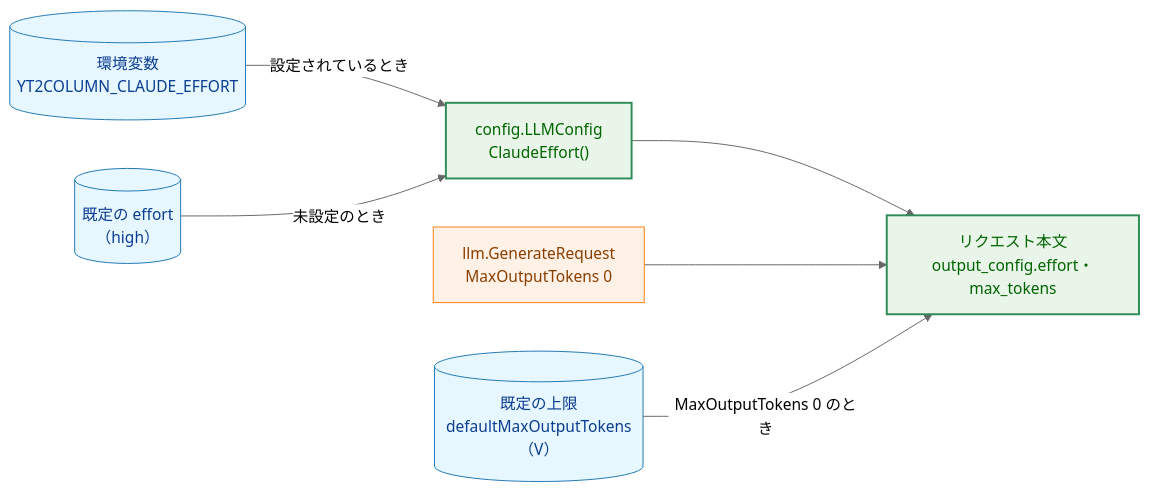
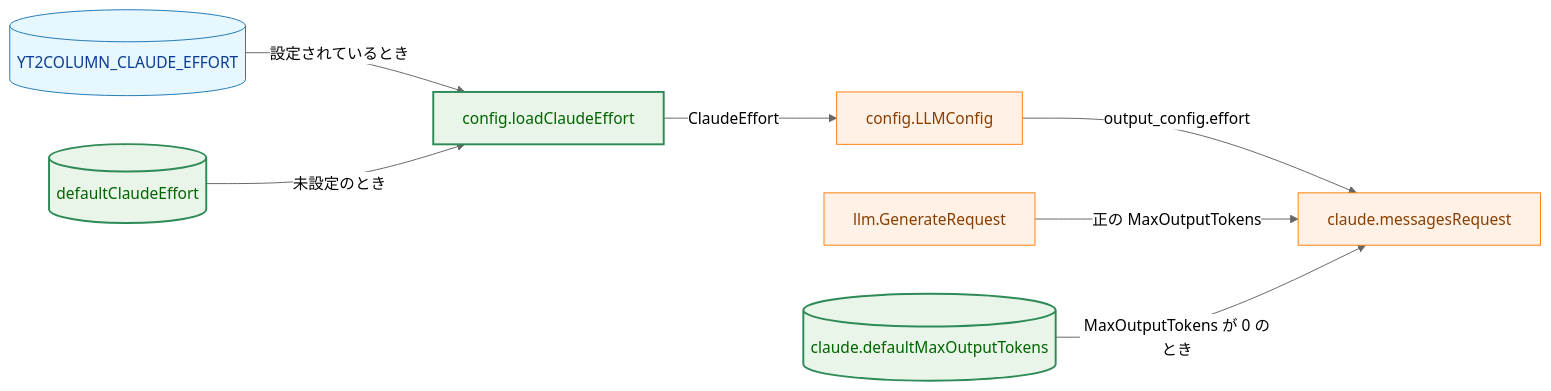
One commit to isseis/yt2column changed the first of 9 diagrams in docs/tasks/0041_claude_effort_max_tokens/02_architecture.md. Above: the diagram before and after it, drawn with Mermaid (neutral theme). The commit also changed other lines of this file, not shown here.

First line of the commit message:
docs(0041): address the architecture panel review

````diff
--- a/docs/tasks/0041_claude_effort_max_tokens/02_architecture.md
+++ b/docs/tasks/0041_claude_effort_max_tokens/02_architecture.md
@@ -46,24 +47,25 @@
 ```mermaid
 flowchart LR
     classDef data fill:#e6f7ff,stroke:#1f77b4,stroke-width:1px,color:#0b3d91;
     classDef process fill:#fff1e6,stroke:#ff7f0e,stroke-width:1px,color:#8a3e00;
     classDef enhanced fill:#e8f5e8,stroke:#2e8b57,stroke-width:2px,color:#006400;
 
-    ENV[("環境変数<br>YT2COLUMN_CLAUDE_EFFORT")]
-    DEF[("既定の effort<br>（high）")]
-    EFF["config.LLMConfig<br>ClaudeEffort()"]
-    REQ["llm.GenerateRequest<br>MaxOutputTokens 0"]
-    CONST[("既定の上限<br>defaultMaxOutputTokens（V）")]
-    BODY["リクエスト本文<br>output_config.effort・max_tokens"]
+    ENV[("YT2COLUMN_CLAUDE_EFFORT")]
+    DEF[("defaultClaudeEffort")]
+    LOAD["config.loadClaudeEffort"]
+    CFG["config.LLMConfig"]
+    REQ["llm.GenerateRequest"]
+    CONST[("claude.defaultMaxOutputTokens")]
+    BODY["claude.messagesRequest"]
 
-    ENV -->|"設定されているとき"| EFF
-    DEF -->|"未設定のとき"| EFF
-    EFF --> BODY
-    REQ --> BODY
-    CONST -->|"MaxOutputTokens 0 のとき"| BODY
+    ENV -->|"設定されているとき"| LOAD
+    DEF -->|"未設定のとき"| LOAD
+    LOAD -->|"ClaudeEffort"| CFG
+    CFG -->|"output_config.effort"| BODY
+    REQ -->|"正の MaxOutputTokens"| BODY
+    CONST -->|"MaxOutputTokens が 0 のとき"| BODY
 
     class ENV data
-    class DEF,CONST data
-    class EFF,BODY enhanced
-    class REQ process
+    class DEF,CONST,LOAD enhanced
+    class CFG,REQ,BODY process
 ```
````
